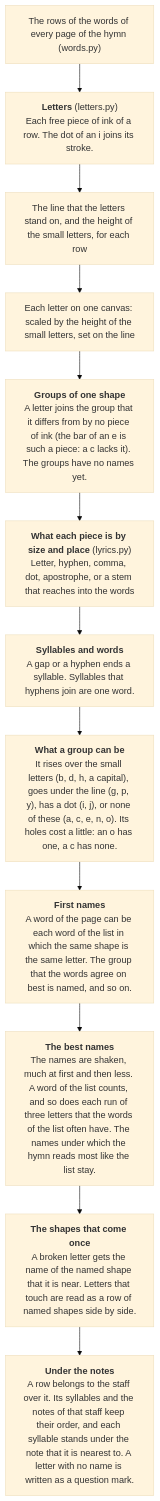
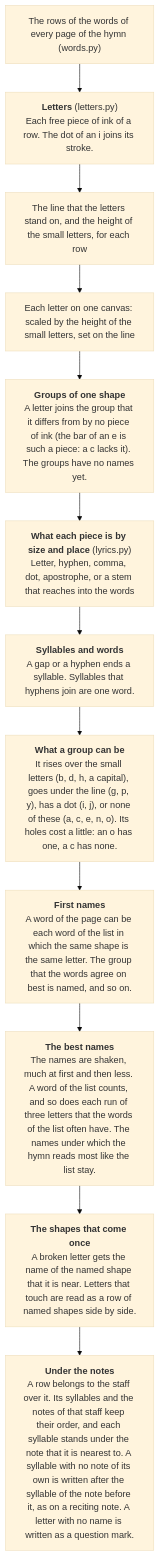
One commit to sweet-cicero/ScoreReader changed diagram 11 of 11 in README.md. Above: the diagram before and after it, drawn with Mermaid (base theme). The commit also changed other lines of this file and 1 other file, not shown here.

````diff
--- a/README.md
+++ b/README.md
@@ -289,14 +300,14 @@
 ```mermaid
 flowchart TD
     rows["The rows of the words of every page of the hymn (words.py)"] --> cut["<b>Letters</b> (letters.py)<br/>Each free piece of ink of a row. The dot of an i joins its stroke."]
     cut --> line["The line that the letters stand on, and the height of the small letters, for each row"]
     line --> canvas["Each letter on one canvas: scaled by the height of the small letters, set on the line"]
     canvas --> groups["<b>Groups of one shape</b><br/>A letter joins the group that it differs from by no piece of ink (the bar of an e is such a piece: a c lacks it). The groups have no names yet."]
     groups --> kinds["<b>What each piece is by size and place</b> (lyrics.py)<br/>Letter, hyphen, comma, dot, apostrophe, or a stem that reaches into the words"]
     kinds --> syllables["<b>Syllables and words</b><br/>A gap or a hyphen ends a syllable. Syllables that hyphens join are one word."]
     syllables --> classes["<b>What a group can be</b><br/>It rises over the small letters (b, d, h, a capital), goes under the line (g, p, y), has a dot (i, j), or none of these (a, c, e, n, o). Its holes cost a little: an o has one, a c has none."]
     classes --> vote["<b>First names</b><br/>A word of the page can be each word of the list in which the same shape is the same letter. The group that the words agree on best is named, and so on."]
     vote --> shake["<b>The best names</b><br/>The names are shaken, much at first and then less. A word of the list counts, and so does each run of three letters that the words of the list often have. The names under which the hymn reads most like the list stay."]
     shake --> rest["<b>The shapes that come once</b><br/>A broken letter gets the name of the named shape that it is near. Letters that touch are read as a row of named shapes side by side."]
-    rest --> under["<b>Under the notes</b><br/>A row belongs to the staff over it. Its syllables and the notes of that staff keep their order, and each syllable stands under the note that it is nearest to. A letter with no name is written as a question mark."]
+    rest --> under["<b>Under the notes</b><br/>A row belongs to the staff over it. Its syllables and the notes of that staff keep their order, and each syllable stands under the note that it is nearest to. A syllable with no note of its own is written after the syllable of the note before it, as on a reciting note. A letter with no name is written as a question mark."]
 ```
````
